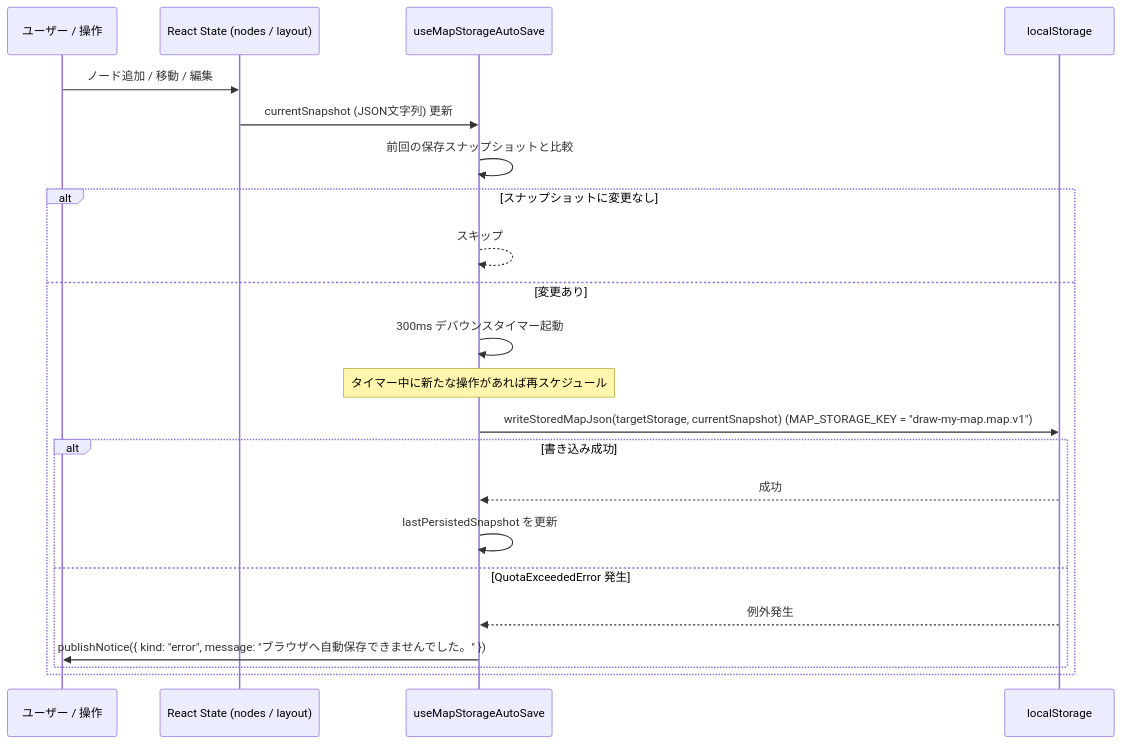
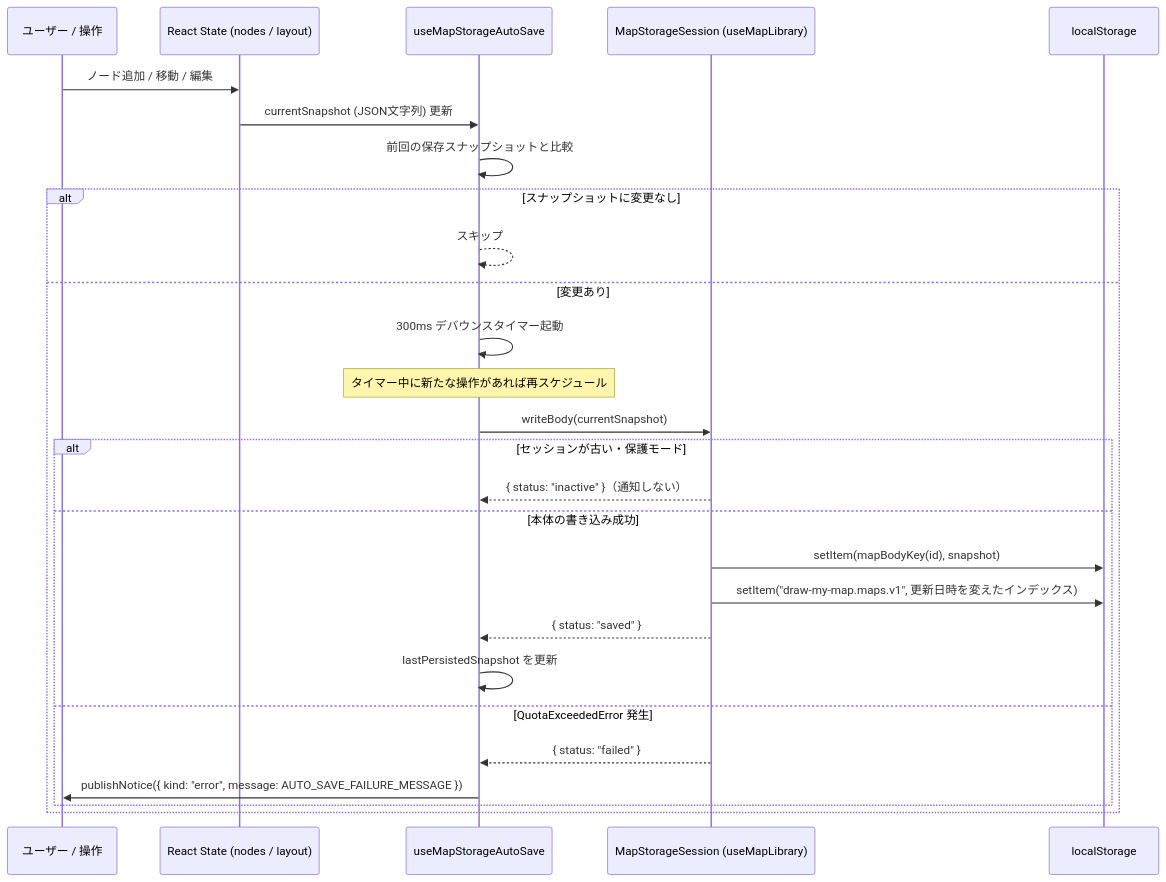
Before and after one commit to poteto317/draw-my-map: the second of 2 diagrams in docs/specifications/data-model.md, drawn with Mermaid. The commit also changed other lines of this file and 9 other files, not shown here.

Commit message:
docs(map-library): 複数マップの保存・切り替えの設計・仕様・手動テスト・ロードマップを更新する

````diff
--- a/docs/specifications/data-model.md
+++ b/docs/specifications/data-model.md
@@ -635,25 +805,30 @@
 ```mermaid
 sequenceDiagram
     participant User as ユーザー / 操作
     participant State as React State (nodes / layout)
     participant Hook as useMapStorageAutoSave
+    participant Session as MapStorageSession (useMapLibrary)
     participant Storage as localStorage
 
     User->>State: ノード追加 / 移動 / 編集
     State->>Hook: currentSnapshot (JSON文字列) 更新
     Hook->>Hook: 前回の保存スナップショットと比較
     alt スナップショットに変更なし
         Hook-->>Hook: スキップ
     else 変更あり
         Hook->>Hook: 300ms デバウンスタイマー起動
         Note over Hook: タイマー中に新たな操作があれば再スケジュール
-        Hook->>Storage: writeStoredMapJson(targetStorage, currentSnapshot) (MAP_STORAGE_KEY = "draw-my-map.map.v1")
-        alt 書き込み成功
-            Storage-->>Hook: 成功
+        Hook->>Session: writeBody(currentSnapshot)
+        alt セッションが古い・保護モード
+            Session-->>Hook: { status: "inactive" }（通知しない）
+        else 本体の書き込み成功
+            Session->>Storage: setItem(mapBodyKey(id), snapshot)
+            Session->>Storage: setItem("draw-my-map.maps.v1", 更新日時を変えたインデックス)
+            Session-->>Hook: { status: "saved" }
             Hook->>Hook: lastPersistedSnapshot を更新
         else QuotaExceededError 発生
-            Storage-->>Hook: 例外発生
-            Hook->>User: publishNotice({ kind: "error", message: "ブラウザへ自動保存できませんでした。" })
+            Session-->>Hook: { status: "failed" }
+            Hook->>User: publishNotice({ kind: "error", message: AUTO_SAVE_FAILURE_MESSAGE })
         end
     end
 ```
````
